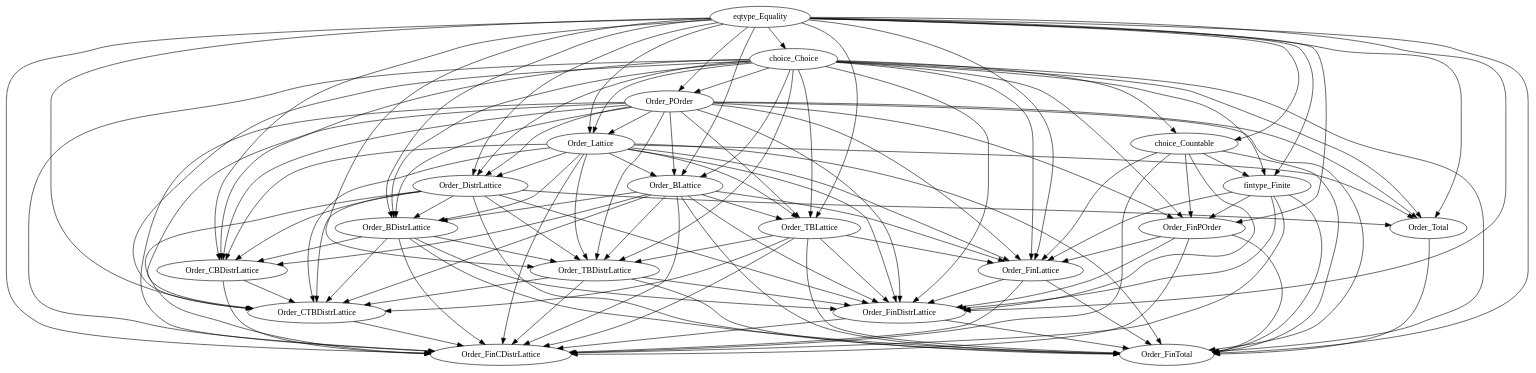
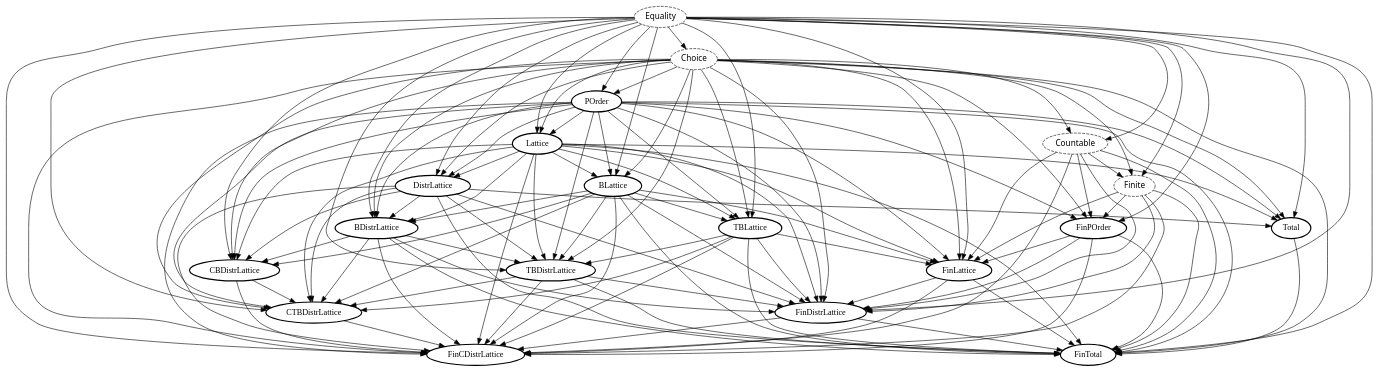
Before and after one commit to gares/coqwshulk: the diagram in order.dot, drawn with Graphviz. The commit also changed 2 other files, not shown here.

```diff
--- a/order.dot
+++ b/order.dot
@@ -1,120 +1,126 @@
 digraph Hierarchy {
-eqtype_Equality -> choice_Choice;
-eqtype_Equality -> choice_Countable;
-choice_Choice -> choice_Countable;
-eqtype_Equality -> fintype_Finite;
-choice_Choice -> fintype_Finite;
-choice_Countable -> fintype_Finite;
-eqtype_Equality -> Order_POrder;
-choice_Choice -> Order_POrder;
-eqtype_Equality -> Order_Lattice;
-choice_Choice -> Order_Lattice;
-Order_POrder -> Order_Lattice;
-eqtype_Equality -> Order_BLattice;
-choice_Choice -> Order_BLattice;
-Order_POrder -> Order_BLattice;
-Order_Lattice -> Order_BLattice;
-eqtype_Equality -> Order_TBLattice;
-choice_Choice -> Order_TBLattice;
-Order_POrder -> Order_TBLattice;
-Order_Lattice -> Order_TBLattice;
-Order_BLattice -> Order_TBLattice;
-eqtype_Equality -> Order_DistrLattice;
-choice_Choice -> Order_DistrLattice;
-Order_POrder -> Order_DistrLattice;
-Order_Lattice -> Order_DistrLattice;
-eqtype_Equality -> Order_BDistrLattice;
-choice_Choice -> Order_BDistrLattice;
-Order_POrder -> Order_BDistrLattice;
-Order_Lattice -> Order_BDistrLattice;
-Order_BLattice -> Order_BDistrLattice;
-Order_DistrLattice -> Order_BDistrLattice;
-eqtype_Equality -> Order_TBDistrLattice;
-choice_Choice -> Order_TBDistrLattice;
-Order_POrder -> Order_TBDistrLattice;
-Order_Lattice -> Order_TBDistrLattice;
-Order_BLattice -> Order_TBDistrLattice;
-Order_TBLattice -> Order_TBDistrLattice;
-Order_DistrLattice -> Order_TBDistrLattice;
-Order_BDistrLattice -> Order_TBDistrLattice;
-eqtype_Equality -> Order_CBDistrLattice;
-choice_Choice -> Order_CBDistrLattice;
-Order_POrder -> Order_CBDistrLattice;
-Order_Lattice -> Order_CBDistrLattice;
-Order_BLattice -> Order_CBDistrLattice;
-Order_DistrLattice -> Order_CBDistrLattice;
-Order_BDistrLattice -> Order_CBDistrLattice;
-eqtype_Equality -> Order_CTBDistrLattice;
-choice_Choice -> Order_CTBDistrLattice;
-Order_POrder -> Order_CTBDistrLattice;
-Order_Lattice -> Order_CTBDistrLattice;
-Order_BLattice -> Order_CTBDistrLattice;
-Order_TBLattice -> Order_CTBDistrLattice;
-Order_DistrLattice -> Order_CTBDistrLattice;
-Order_BDistrLattice -> Order_CTBDistrLattice;
-Order_TBDistrLattice -> Order_CTBDistrLattice;
-Order_CBDistrLattice -> Order_CTBDistrLattice;
-eqtype_Equality -> Order_Total;
-choice_Choice -> Order_Total;
-Order_POrder -> Order_Total;
-Order_Lattice -> Order_Total;
-Order_DistrLattice -> Order_Total;
-eqtype_Equality -> Order_FinPOrder;
-choice_Choice -> Order_FinPOrder;
-choice_Countable -> Order_FinPOrder;
-fintype_Finite -> Order_FinPOrder;
-Order_POrder -> Order_FinPOrder;
-eqtype_Equality -> Order_FinLattice;
-choice_Choice -> Order_FinLattice;
-choice_Countable -> Order_FinLattice;
-fintype_Finite -> Order_FinLattice;
-Order_POrder -> Order_FinLattice;
-Order_Lattice -> Order_FinLattice;
-Order_BLattice -> Order_FinLattice;
-Order_TBLattice -> Order_FinLattice;
-Order_FinPOrder -> Order_FinLattice;
-eqtype_Equality -> Order_FinDistrLattice;
-choice_Choice -> Order_FinDistrLattice;
-choice_Countable -> Order_FinDistrLattice;
-fintype_Finite -> Order_FinDistrLattice;
-Order_POrder -> Order_FinDistrLattice;
-Order_Lattice -> Order_FinDistrLattice;
-Order_BLattice -> Order_FinDistrLattice;
-Order_TBLattice -> Order_FinDistrLattice;
-Order_DistrLattice -> Order_FinDistrLattice;
-Order_BDistrLattice -> Order_FinDistrLattice;
-Order_TBDistrLattice -> Order_FinDistrLattice;
-Order_FinPOrder -> Order_FinDistrLattice;
-Order_FinLattice -> Order_FinDistrLattice;
-eqtype_Equality -> Order_FinCDistrLattice;
-choice_Choice -> Order_FinCDistrLattice;
-choice_Countable -> Order_FinCDistrLattice;
-fintype_Finite -> Order_FinCDistrLattice;
-Order_POrder -> Order_FinCDistrLattice;
-Order_Lattice -> Order_FinCDistrLattice;
-Order_BLattice -> Order_FinCDistrLattice;
-Order_TBLattice -> Order_FinCDistrLattice;
-Order_DistrLattice -> Order_FinCDistrLattice;
-Order_BDistrLattice -> Order_FinCDistrLattice;
-Order_TBDistrLattice -> Order_FinCDistrLattice;
-Order_CBDistrLattice -> Order_FinCDistrLattice;
-Order_CTBDistrLattice -> Order_FinCDistrLattice;
-Order_FinPOrder -> Order_FinCDistrLattice;
-Order_FinLattice -> Order_FinCDistrLattice;
-Order_FinDistrLattice -> Order_FinCDistrLattice;
-eqtype_Equality -> Order_FinTotal;
-choice_Choice -> Order_FinTotal;
-choice_Countable -> Order_FinTotal;
-fintype_Finite -> Order_FinTotal;
-Order_POrder -> Order_FinTotal;
-Order_Lattice -> Order_FinTotal;
-Order_BLattice -> Order_FinTotal;
-Order_TBLattice -> Order_FinTotal;
-Order_DistrLattice -> Order_FinTotal;
-Order_BDistrLattice -> Order_FinTotal;
-Order_TBDistrLattice -> Order_FinTotal;
-Order_Total -> Order_FinTotal;
-Order_FinPOrder -> Order_FinTotal;
-Order_FinLattice -> Order_FinTotal;
-Order_FinDistrLattice -> Order_FinTotal;
+node [ style = bold, fontname = "sans bold" ];
+Equality [ style = dashed, fontname = "sans" ];
+Choice [ style = dashed, fontname = "sans" ];
+Countable [ style = dashed, fontname = "sans" ];
+Finite [ style = dashed, fontname = "sans" ];
+
+Equality -> Choice;
+Equality -> Countable;
+Choice -> Countable;
+Equality -> Finite;
+Choice -> Finite;
+Countable -> Finite;
+Equality -> POrder;
+Choice -> POrder;
+Equality -> Lattice;
+Choice -> Lattice;
+POrder -> Lattice;
+Equality -> BLattice;
+Choice -> BLattice;
+POrder -> BLattice;
+Lattice -> BLattice;
+Equality -> TBLattice;
+Choice -> TBLattice;
+POrder -> TBLattice;
+Lattice -> TBLattice;
+BLattice -> TBLattice;
+Equality -> DistrLattice;
+Choice -> DistrLattice;
+POrder -> DistrLattice;
+Lattice -> DistrLattice;
+Equality -> BDistrLattice;
+Choice -> BDistrLattice;
+POrder -> BDistrLattice;
+Lattice -> BDistrLattice;
+BLattice -> BDistrLattice;
+DistrLattice -> BDistrLattice;
+Equality -> TBDistrLattice;
+Choice -> TBDistrLattice;
+POrder -> TBDistrLattice;
+Lattice -> TBDistrLattice;
+BLattice -> TBDistrLattice;
+TBLattice -> TBDistrLattice;
+DistrLattice -> TBDistrLattice;
+BDistrLattice -> TBDistrLattice;
+Equality -> CBDistrLattice;
+Choice -> CBDistrLattice;
+POrder -> CBDistrLattice;
+Lattice -> CBDistrLattice;
+BLattice -> CBDistrLattice;
+DistrLattice -> CBDistrLattice;
+BDistrLattice -> CBDistrLattice;
+Equality -> CTBDistrLattice;
+Choice -> CTBDistrLattice;
+POrder -> CTBDistrLattice;
+Lattice -> CTBDistrLattice;
+BLattice -> CTBDistrLattice;
+TBLattice -> CTBDistrLattice;
+DistrLattice -> CTBDistrLattice;
+BDistrLattice -> CTBDistrLattice;
+TBDistrLattice -> CTBDistrLattice;
+CBDistrLattice -> CTBDistrLattice;
+Equality -> Total;
+Choice -> Total;
+POrder -> Total;
+Lattice -> Total;
+DistrLattice -> Total;
+Equality -> FinPOrder;
+Choice -> FinPOrder;
+Countable -> FinPOrder;
+Finite -> FinPOrder;
+POrder -> FinPOrder;
+Equality -> FinLattice;
+Choice -> FinLattice;
+Countable -> FinLattice;
+Finite -> FinLattice;
+POrder -> FinLattice;
+Lattice -> FinLattice;
+BLattice -> FinLattice;
+TBLattice -> FinLattice;
+FinPOrder -> FinLattice;
+Equality -> FinDistrLattice;
+Choice -> FinDistrLattice;
+Countable -> FinDistrLattice;
+Finite -> FinDistrLattice;
+POrder -> FinDistrLattice;
+Lattice -> FinDistrLattice;
+BLattice -> FinDistrLattice;
+TBLattice -> FinDistrLattice;
+DistrLattice -> FinDistrLattice;
+BDistrLattice -> FinDistrLattice;
+TBDistrLattice -> FinDistrLattice;
+FinPOrder -> FinDistrLattice;
+FinLattice -> FinDistrLattice;
+Equality -> FinCDistrLattice;
+Choice -> FinCDistrLattice;
+Countable -> FinCDistrLattice;
+Finite -> FinCDistrLattice;
+POrder -> FinCDistrLattice;
+Lattice -> FinCDistrLattice;
+BLattice -> FinCDistrLattice;
+TBLattice -> FinCDistrLattice;
+DistrLattice -> FinCDistrLattice;
+BDistrLattice -> FinCDistrLattice;
+TBDistrLattice -> FinCDistrLattice;
+CBDistrLattice -> FinCDistrLattice;
+CTBDistrLattice -> FinCDistrLattice;
+FinPOrder -> FinCDistrLattice;
+FinLattice -> FinCDistrLattice;
+FinDistrLattice -> FinCDistrLattice;
+Equality -> FinTotal;
+Choice -> FinTotal;
+Countable -> FinTotal;
+Finite -> FinTotal;
+POrder -> FinTotal;
+Lattice -> FinTotal;
+BLattice -> FinTotal;
+TBLattice -> FinTotal;
+DistrLattice -> FinTotal;
+BDistrLattice -> FinTotal;
+TBDistrLattice -> FinTotal;
+Total -> FinTotal;
+FinPOrder -> FinTotal;
+FinLattice -> FinTotal;
+FinDistrLattice -> FinTotal;
 }
```
